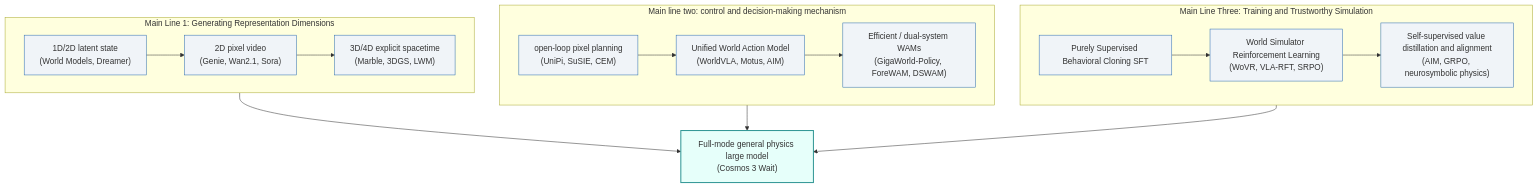
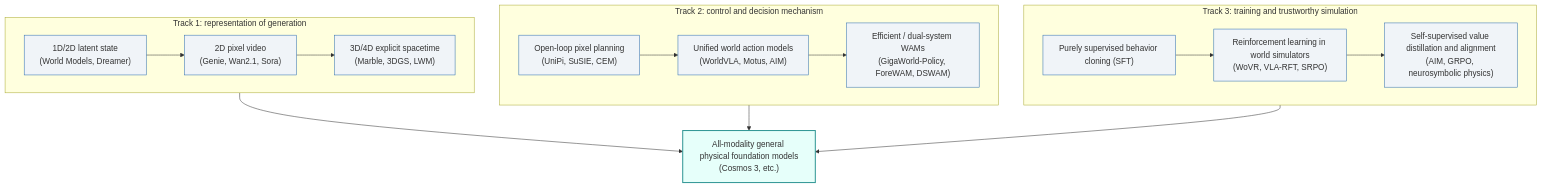
Diagram 11 of 11 in _translations/en/research/World-Models-Survey.md (TingdeLiu/tingdeliu.github.io), drawn with Mermaid before and after one commit. The commit also changed other lines of this file and 51 other files, not shown here.

````diff
--- a/_translations/en/research/World-Models-Survey.md
+++ b/_translations/en/research/World-Models-Survey.md
@@ -2825,26 +2825,26 @@
 ```mermaid
 flowchart TD
-    subgraph Track1["Main Line 1: Generating Representation Dimensions"]
+    subgraph Track1["Track 1: representation of generation"]
         T1_1["1D/2D latent state<br/>(World Models, Dreamer)"] --> T1_2["2D pixel video<br/>(Genie, Wan2.1, Sora)"]
         T1_2 --> T1_3["3D/4D explicit spacetime<br/>(Marble, 3DGS, LWM)"]
     end
 
-    subgraph Track2["Main line two: control and decision-making mechanism"]
-        T2_1["open-loop pixel planning<br/>(UniPi, SuSIE, CEM)"] --> T2_2["Unified World Action Model<br/>(WorldVLA, Motus, AIM)"]
+    subgraph Track2["Track 2: control and decision mechanism"]
+        T2_1["Open-loop pixel planning<br/>(UniPi, SuSIE, CEM)"] --> T2_2["Unified world action models<br/>(WorldVLA, Motus, AIM)"]
         T2_2 --> T2_3["Efficient / dual-system WAMs<br/>(GigaWorld-Policy, ForeWAM, DSWAM)"]
     end
 
-    subgraph Track3["Main Line Three: Training and Trustworthy Simulation"]
-        T3_1["Purely Supervised Behavioral Cloning SFT"] --> T3_2["World Simulator Reinforcement Learning<br/>(WoVR, VLA-RFT, SRPO)"]
+    subgraph Track3["Track 3: training and trustworthy simulation"]
+        T3_1["Purely supervised behavior cloning (SFT)"] --> T3_2["Reinforcement learning in world simulators<br/>(WoVR, VLA-RFT, SRPO)"]
         T3_2 --> T3_3["Self-supervised value distillation and alignment<br/>(AIM, GRPO, neurosymbolic physics)"]
     end
 
-    Track1 --> Convergence["Full-mode general physics large model<br/>(Cosmos 3 Wait)"]
+    Track1 --> Convergence["All-modality general physical foundation models<br/>(Cosmos 3, etc.)"]
     Track2 --> Convergence
     Track3 --> Convergence
 
     classDef stage fill:#f0f4f8,stroke:#2b6cb0,stroke-width:1px;
     classDef target fill:#e6fffa,stroke:#319795,stroke-width:2px;
     class T1_1,T1_2,T1_3,T2_1,T2_2,T2_3,T3_1,T3_2,T3_3 stage;
     class Convergence target;
 ```
````
